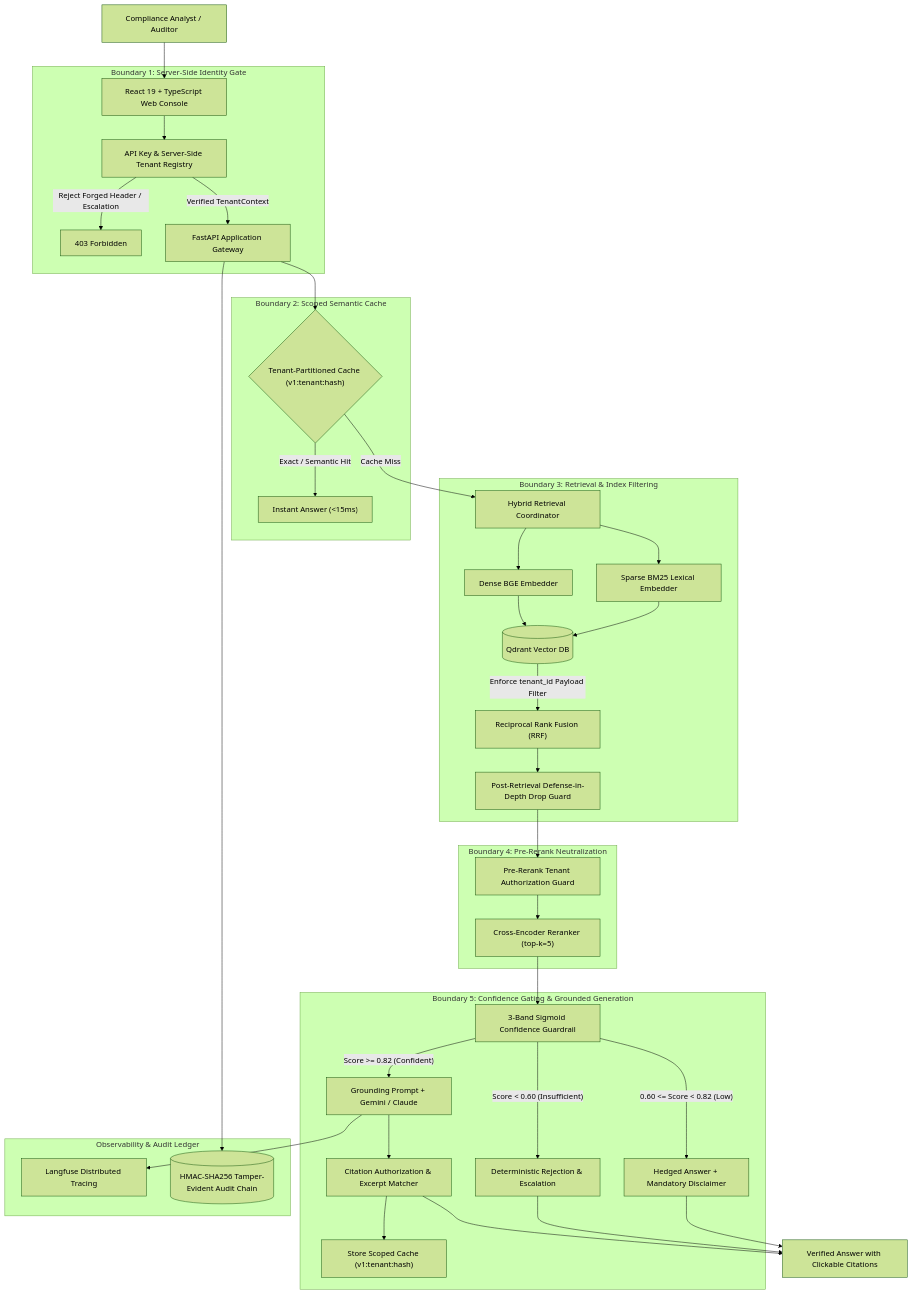
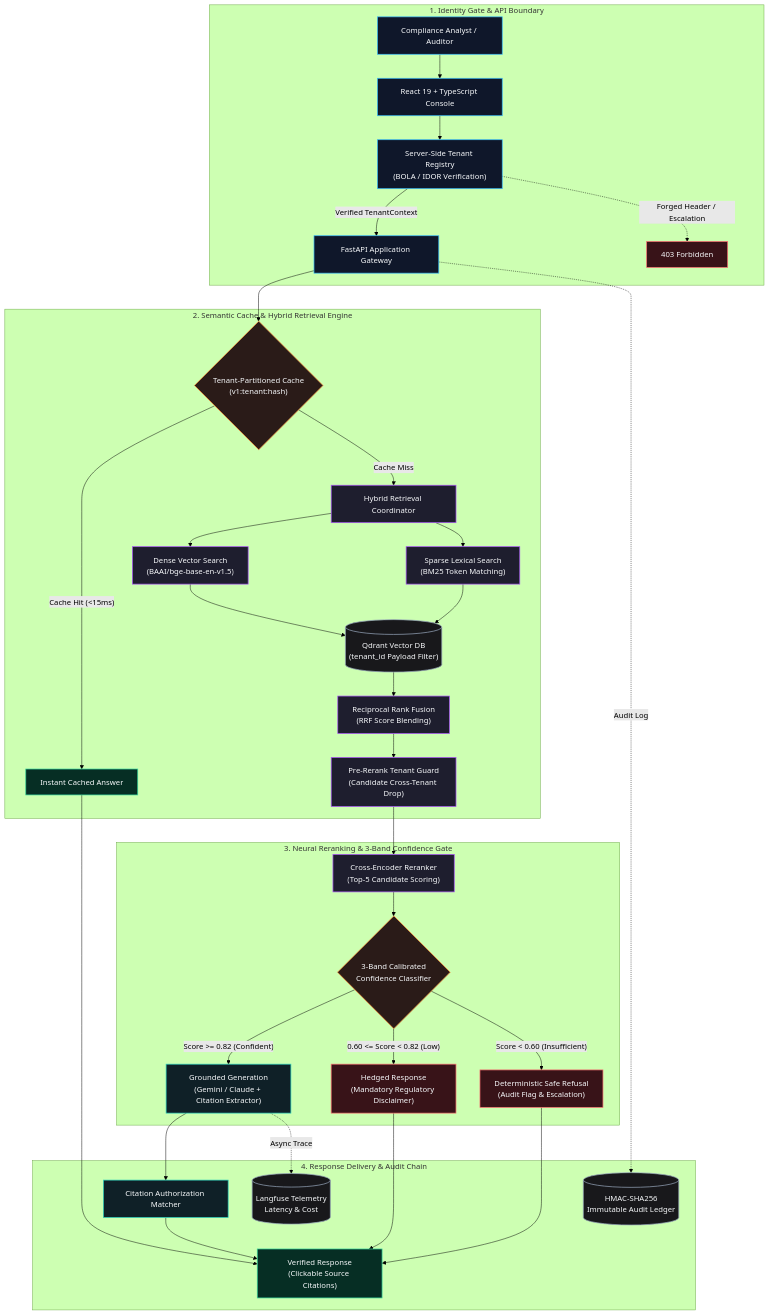
The second of 6 diagrams in README.md (sultanriaz/sultanriaz), drawn with Mermaid (forest theme) before and after one commit. The commit also changed other lines of this file, not shown here.

Commit message:
docs(profile): redesign flagship architecture diagrams and improve README layout

````diff
--- a/README.md
+++ b/README.md
@@ -161,48 +200,65 @@
 ```mermaid
-flowchart TD
-    User["Compliance Analyst / Auditor"] --> ClientUI["React 19 + TypeScript Web Console"]
-    
-    subgraph "Boundary 1: Server-Side Identity Gate"
-        ClientUI --> AuthGate["API Key & Server-Side Tenant Registry"]
-        AuthGate -->|"Reject Forged Header / Escalation"| Deny["403 Forbidden"]
-        AuthGate -->|"Verified TenantContext"| RouteHandler["FastAPI Application Gateway"]
+flowchart TB
+    %% --- CLIENT & GATEWAY ---
+    subgraph ClientLayer["1. Identity Gate & API Boundary"]
+        User["Compliance Analyst / Auditor"] --> ClientUI["React 19 + TypeScript Console"]
+        ClientUI --> AuthGate["Server-Side Tenant Registry<br/>(BOLA / IDOR Verification)"]
+        AuthGate -->|"Verified TenantContext"| Gateway["FastAPI Application Gateway"]
+        AuthGate -.->|"Forged Header / Escalation"| Deny["403 Forbidden"]
     end
-    
-    subgraph "Boundary 2: Scoped Semantic Cache"
-        RouteHandler --> CacheLookup{"Tenant-Partitioned Cache (v1:tenant:hash)"}
-        CacheLookup -->|"Exact / Semantic Hit"| CachedResponse["Instant Answer (<15ms)"]
+
+    %% --- CACHE & RETRIEVAL ---
+    subgraph RetrievalLayer["2. Semantic Cache & Hybrid Retrieval Engine"]
+        Gateway --> CacheCheck{"Tenant-Partitioned Cache<br/>(v1:tenant:hash)"}
+        CacheCheck -->|"Cache Hit (<15ms)"| FastResponse["Instant Cached Answer"]
+        CacheCheck -->|"Cache Miss"| HybridCoord["Hybrid Retrieval Coordinator"]
+        
+        HybridCoord --> Dense["Dense Vector Search<br/>(BAAI/bge-base-en-v1.5)"]
+        HybridCoord --> Sparse["Sparse Lexical Search<br/>(BM25 Token Matching)"]
+        
+        Dense --> Qdrant[("Qdrant Vector DB<br/>(tenant_id Payload Filter)")]
+        Sparse --> Qdrant
+        
+        Qdrant --> RRF["Reciprocal Rank Fusion<br/>(RRF Score Blending)"]
+        RRF --> PreRerankGuard["Pre-Rerank Tenant Guard<br/>(Candidate Cross-Tenant Drop)"]
     end
-    
-    subgraph "Boundary 3: Retrieval & Index Filtering"
-        CacheLookup -->|"Cache Miss"| HybridEngine["Hybrid Retrieval Coordinator"]
-        HybridEngine --> Dense["Dense BGE Embedder"]
-        HybridEngine --> Sparse["Sparse BM25 Lexical Embedder"]
-        Dense --> Qdrant[("Qdrant Vector DB")]
-        Sparse --> Qdrant
-        Qdrant -->|"Enforce tenant_id Payload Filter"| RRF["Reciprocal Rank Fusion (RRF)"]
-        RRF --> PostDrop["Post-Retrieval Defense-in-Depth Drop Guard"]
+
+    %% --- RERANKING & CONFIDENCE GATE ---
+    subgraph DecisionLayer["3. Neural Reranking & 3-Band Confidence Gate"]
+        PreRerankGuard --> Reranker["Cross-Encoder Reranker<br/>(Top-5 Candidate Scoring)"]
+        Reranker --> ConfGate{"3-Band Calibrated<br/>Confidence Classifier"}
+        
+        ConfGate -->|"Score >= 0.82 (Confident)"| GenLLM["Grounded Generation<br/>(Gemini / Claude + Citation Extractor)"]
+        ConfGate -->|"0.60 <= Score < 0.82 (Low)"| HedgedAns["Hedged Response<br/>(Mandatory Regulatory Disclaimer)"]
+        ConfGate -->|"Score < 0.60 (Insufficient)"| Refusal["Deterministic Safe Refusal<br/>(Audit Flag & Escalation)"]
     end
-    
-    subgraph "Boundary 4: Pre-Rerank Neutralization"
-        PostDrop --> PreRerankAuth["Pre-Rerank Tenant Authorization Guard"]
-        PreRerankAuth --> Reranker["Cross-Encoder Reranker (top-k=5)"]
+
+    %% --- OUTPUT & OBSERVABILITY ---
+    subgraph OutputLayer["4. Response Delivery & Audit Chain"]
+        GenLLM --> CitationVerify["Citation Authorization Matcher"]
+        CitationVerify --> FinalOutput["Verified Response<br/>(Clickable Source Citations)"]
+        HedgedAns --> FinalOutput
+        Refusal --> FinalOutput
+        FastResponse --> FinalOutput
+        
+        GenLLM -.->|"Async Trace"| Langfuse[("Langfuse Telemetry<br/>Latency & Cost")]
+        Gateway -.->|"Audit Log"| AuditLedger[("HMAC-SHA256<br/>Immutable Audit Ledger")]
     end
-    
-    subgraph "Boundary 5: Confidence Gating & Grounded Generation"
-        Reranker --> SigmoidGating["3-Band Sigmoid Confidence Guardrail"]
-        SigmoidGating -->|"Score < 0.60 (Insufficient)"| Refuse["Deterministic Rejection & Escalation"]
-        SigmoidGating -->|"0.60 <= Score < 0.82 (Low)"| Hedged["Hedged Answer + Mandatory Disclaimer"]
-        SigmoidGating -->|"Score >= 0.82 (Confident)"| LLM["Grounding Prompt + Gemini / Claude"]
-        LLM --> CitationResolver["Citation Authorization & Excerpt Matcher"]
-        CitationResolver --> CacheStore["Store Scoped Cache (v1:tenant:hash)"]
-    end
-    
-    subgraph "Observability & Audit Ledger"
-        LLM --> LangfuseTrace["Langfuse Distributed Tracing"]
-        RouteHandler --> AuditLedger[("HMAC-SHA256 Tamper-Evident Audit Chain")]
-    end
-    
-    CitationResolver --> FinalResponse["Verified Answer with Clickable Citations"]
-    Refuse --> FinalResponse
-    Hedged --> FinalResponse
+
+    %% Styling
+    classDef auth fill:#0f172a,stroke:#38bdf8,stroke-width:1.5px,color:#f8fafc;
+    classDef retrieval fill:#1e1e2e,stroke:#a855f7,stroke-width:1.5px,color:#f8fafc;
+    classDef decision fill:#0f2027,stroke:#2dd4bf,stroke-width:1.5px,color:#f8fafc;
+    classDef storage fill:#18181b,stroke:#94a3b8,stroke-width:1.5px,color:#f8fafc;
+    classDef gate fill:#2a1b18,stroke:#fb923c,stroke-width:1.5px,color:#f8fafc;
+    classDef success fill:#062e24,stroke:#34d399,stroke-width:1.5px,color:#f8fafc;
+    classDef alert fill:#381318,stroke:#f87171,stroke-width:1.5px,color:#f8fafc;
+
+    class User,ClientUI,AuthGate,Gateway auth;
+    class HybridCoord,Dense,Sparse,RRF,PreRerankGuard,Reranker retrieval;
+    class GenLLM,CitationVerify decision;
+    class CacheCheck,ConfGate gate;
+    class FastResponse,FinalOutput success;
+    class Deny,HedgedAns,Refusal alert;
+    class Qdrant,Langfuse,AuditLedger storage;
 ```
````
